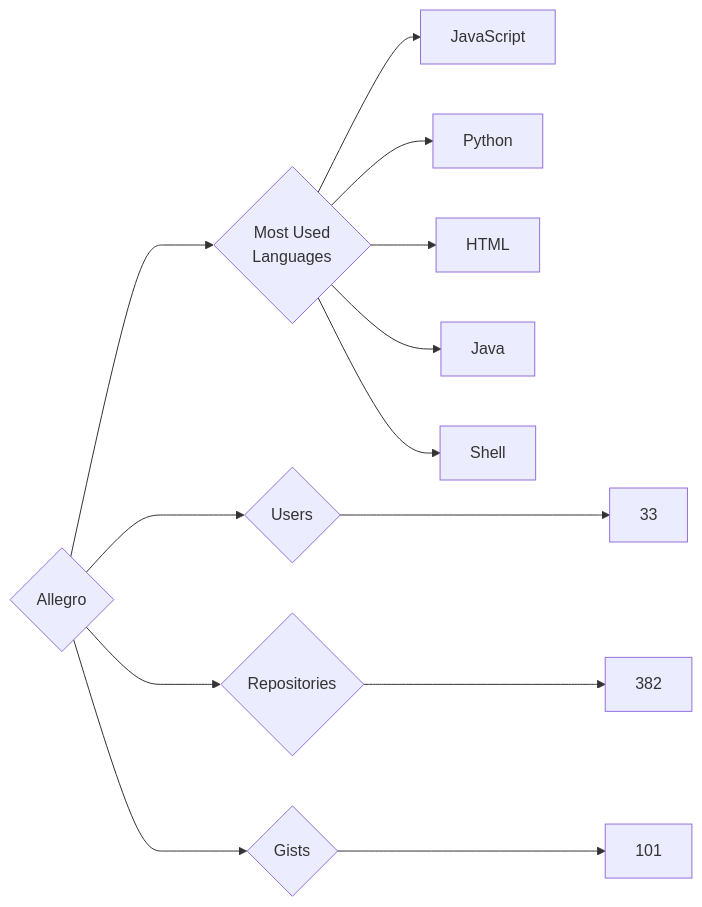
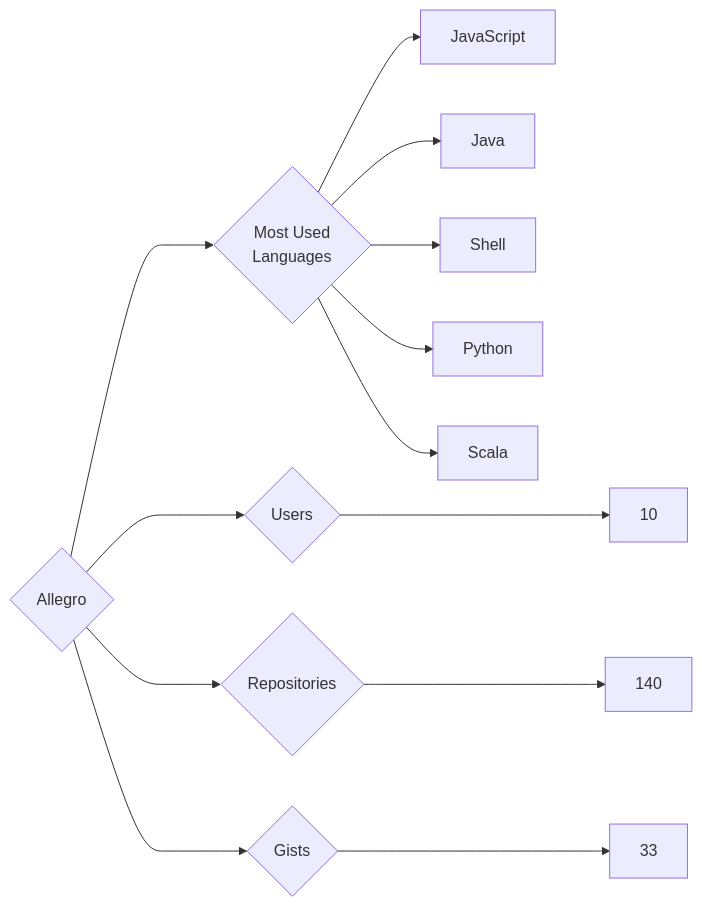
One commit to trickest/insiders changed the diagram in targets/Allegro/README.md. Above: the diagram before and after it, drawn with Mermaid. The commit also changed 837 other files, not shown here.

````diff
--- a/targets/Allegro/README.md
+++ b/targets/Allegro/README.md
@@ -3,13 +3,13 @@
 ```mermaid
 graph LR
 COMPANY_NAME{Allegro}
-COMPANY_NAME ---> U{Users} ---> UN[33]
-COMPANY_NAME ---> R{Repositories} ---> RN[382]
-COMPANY_NAME ---> G{Gists} ---> GN[101]
+COMPANY_NAME ---> U{Users} ---> UN[10]
+COMPANY_NAME ---> R{Repositories} ---> RN[140]
+COMPANY_NAME ---> G{Gists} ---> GN[33]
 COMPANY_NAME ---> ML{Most Used<br>Languages}
 ML --> JavaScript[JavaScript]
-ML --> Python[Python]
-ML --> HTML[HTML]
 ML --> Java[Java]
 ML --> Shell[Shell]
+ML --> Python[Python]
+ML --> Scala[Scala]
 ```
````
